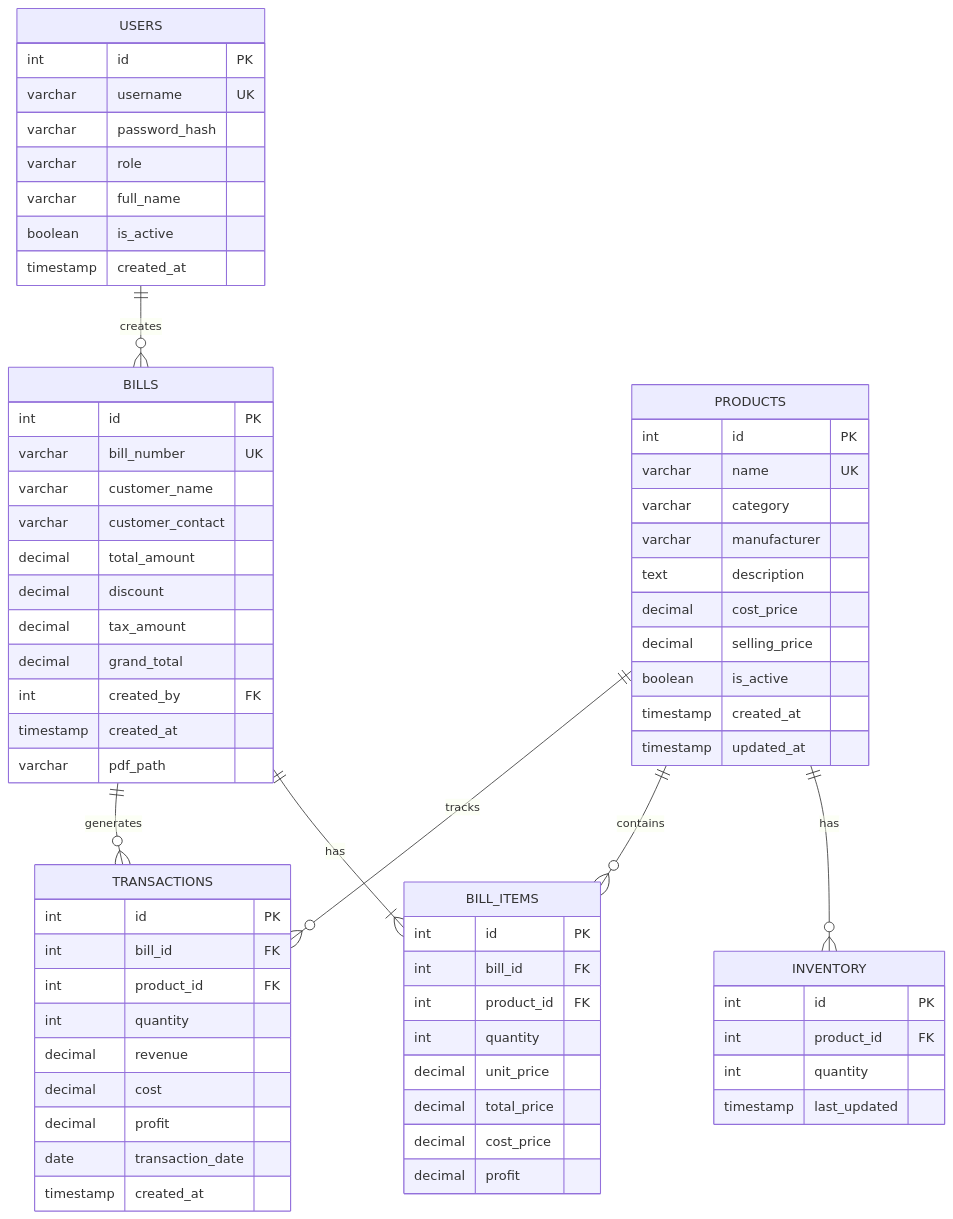
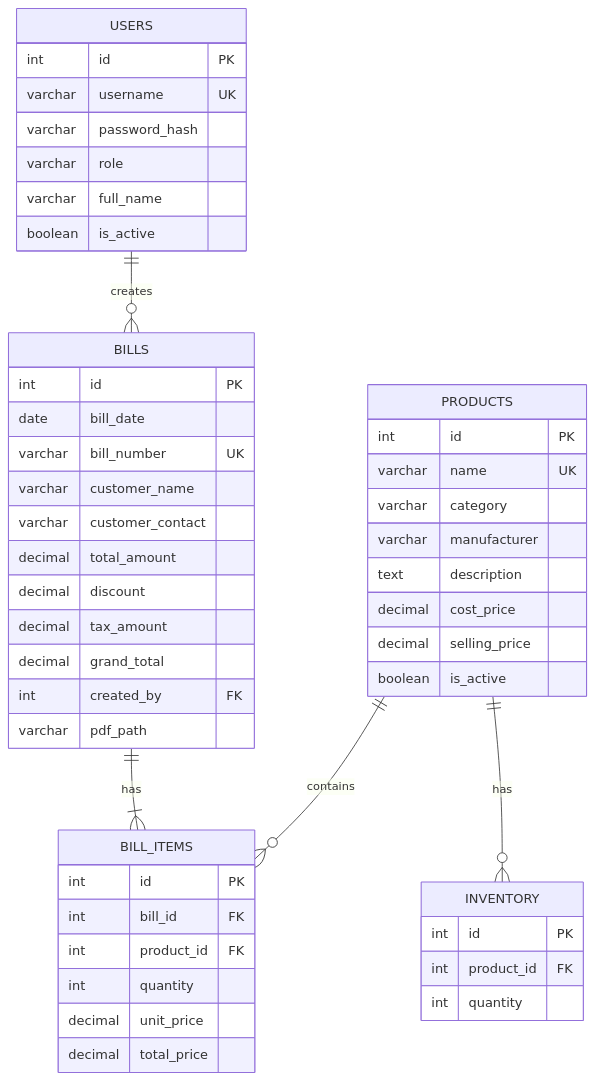
The diagram in docs/technical/schema_design.md (rohitagarwal-gkmit/retailpulse-docs), drawn with Mermaid before and after one commit. The commit also changed other lines of this file and 1 other file, not shown here.

Commit message:
[refactor]: Simplify data flow and schema design

````diff
--- a/docs/technical/schema_design.md
+++ b/docs/technical/schema_design.md
@@ -13,76 +13,56 @@
 ```mermaid
 erDiagram
     USERS ||--o{ BILLS : creates
     PRODUCTS ||--o{ INVENTORY : has
     PRODUCTS ||--o{ BILL_ITEMS : contains
     BILLS ||--|{ BILL_ITEMS : has
-    BILLS ||--o{ TRANSACTIONS : generates
-    PRODUCTS ||--o{ TRANSACTIONS : tracks
     
     USERS {
         int id PK
         varchar username UK
         varchar password_hash
         varchar role
         varchar full_name
         boolean is_active
-        timestamp created_at
     }
     
     PRODUCTS {
         int id PK
         varchar name UK
         varchar category
         varchar manufacturer
         text description
         decimal cost_price
         decimal selling_price
         boolean is_active
-        timestamp created_at
-        timestamp updated_at
     }
     
     INVENTORY {
         int id PK
         int product_id FK
         int quantity
-        timestamp last_updated
     }
     
     BILLS {
         int id PK
+        date bill_date
         varchar bill_number UK
         varchar customer_name
         varchar customer_contact
         decimal total_amount
         decimal discount
         decimal tax_amount
         decimal grand_total
         int created_by FK
-        timestamp created_at
         varchar pdf_path
     }
     
     BILL_ITEMS {
         int id PK
         int bill_id FK
         int product_id FK
         int quantity
         decimal unit_price
         decimal total_price
-        decimal cost_price
-        decimal profit
-    }
-    
-    TRANSACTIONS {
-        int id PK
-        int bill_id FK
-        int product_id FK
-        int quantity
-        decimal revenue
-        decimal cost
-        decimal profit
-        date transaction_date
-        timestamp created_at
     }
 ```
````
